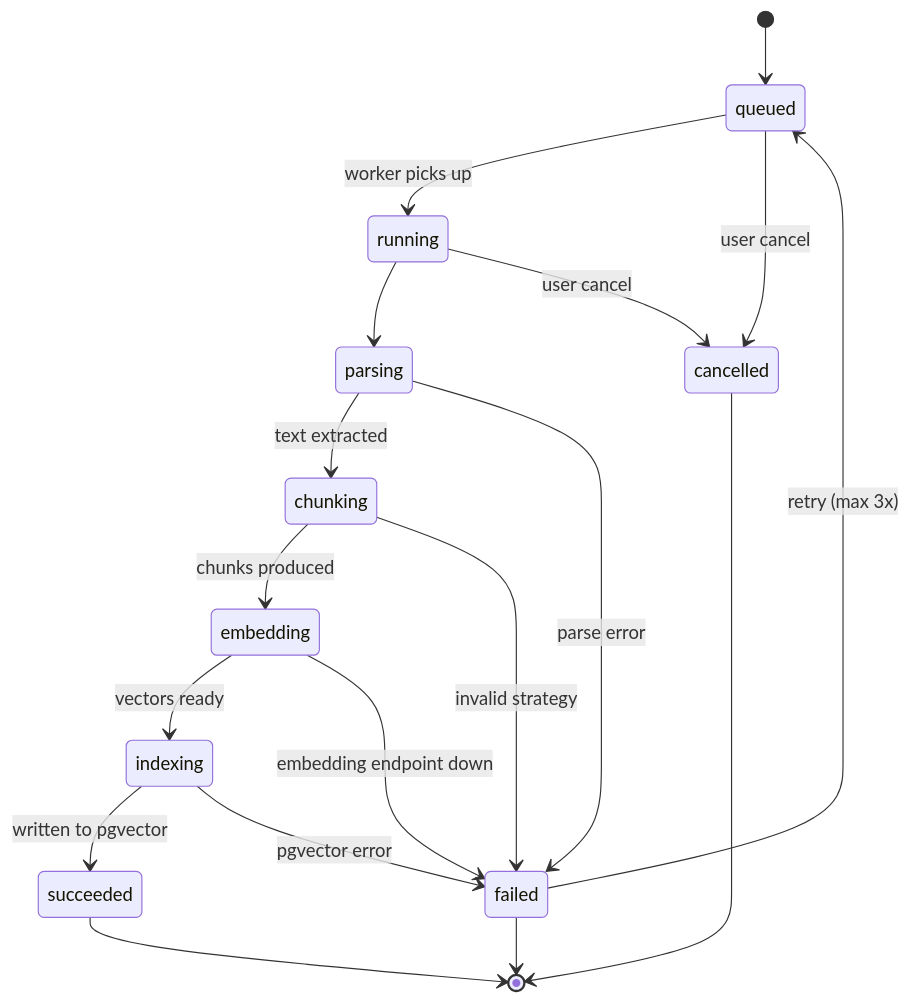
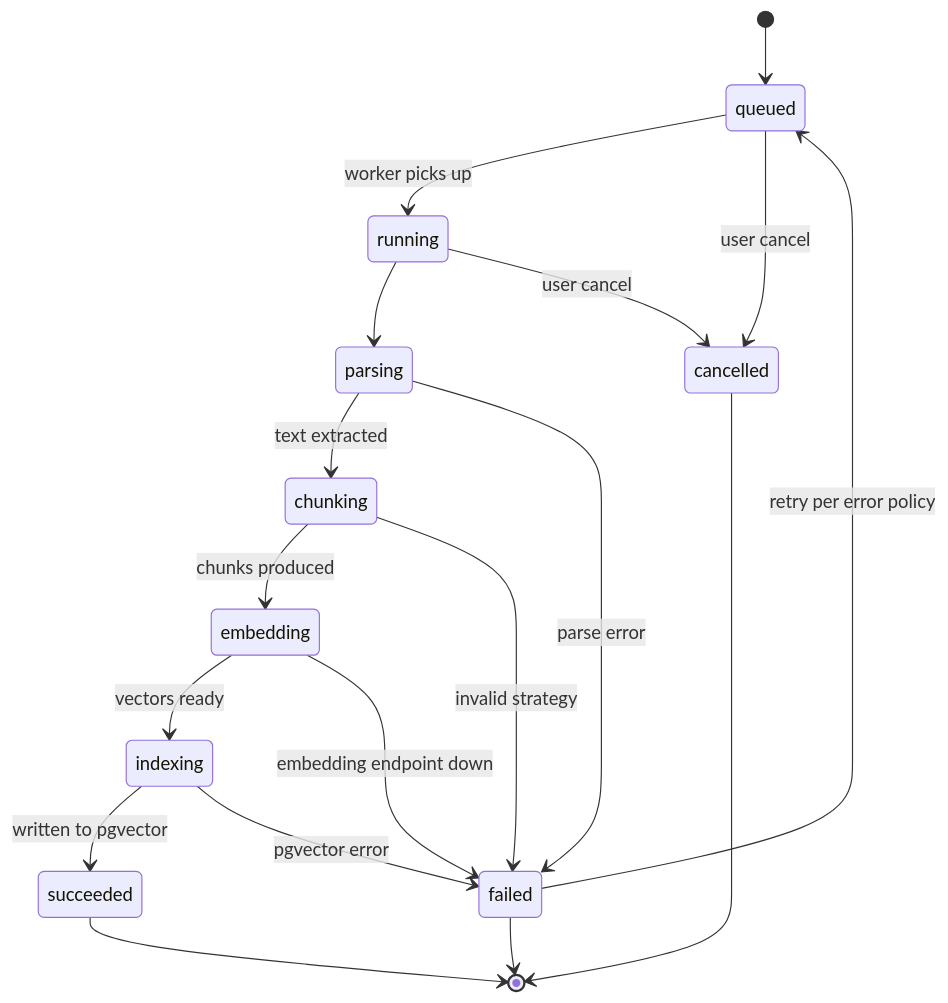
Before and after one commit to zzw09773/ANILA: the third of 3 diagrams in docs/ingestion-platform-design.md, drawn with Mermaid. The commit also changed other lines of this file and 1 other file, not shown here.

````diff
--- a/docs/ingestion-platform-design.md
+++ b/docs/ingestion-platform-design.md
@@ -756,23 +994,23 @@
 ```mermaid
 stateDiagram-v2
     [*] --> queued
     queued --> running: worker picks up
     running --> parsing
     parsing --> chunking: text extracted
     chunking --> embedding: chunks produced
     embedding --> indexing: vectors ready
     indexing --> succeeded: written to pgvector
     succeeded --> [*]
 
     parsing --> failed: parse error
     chunking --> failed: invalid strategy
     embedding --> failed: embedding endpoint down
     indexing --> failed: pgvector error
     failed --> [*]
 
     queued --> cancelled: user cancel
     running --> cancelled: user cancel
     cancelled --> [*]
 
-    failed --> queued: retry (max 3x)
+    failed --> queued: retry per error policy
 ```
````
